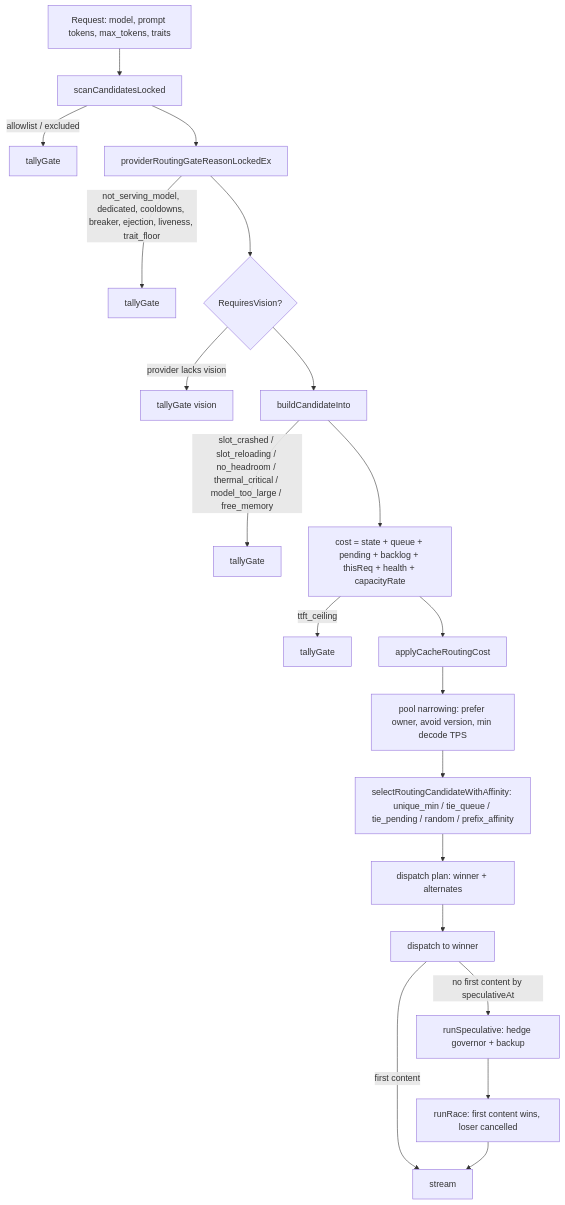
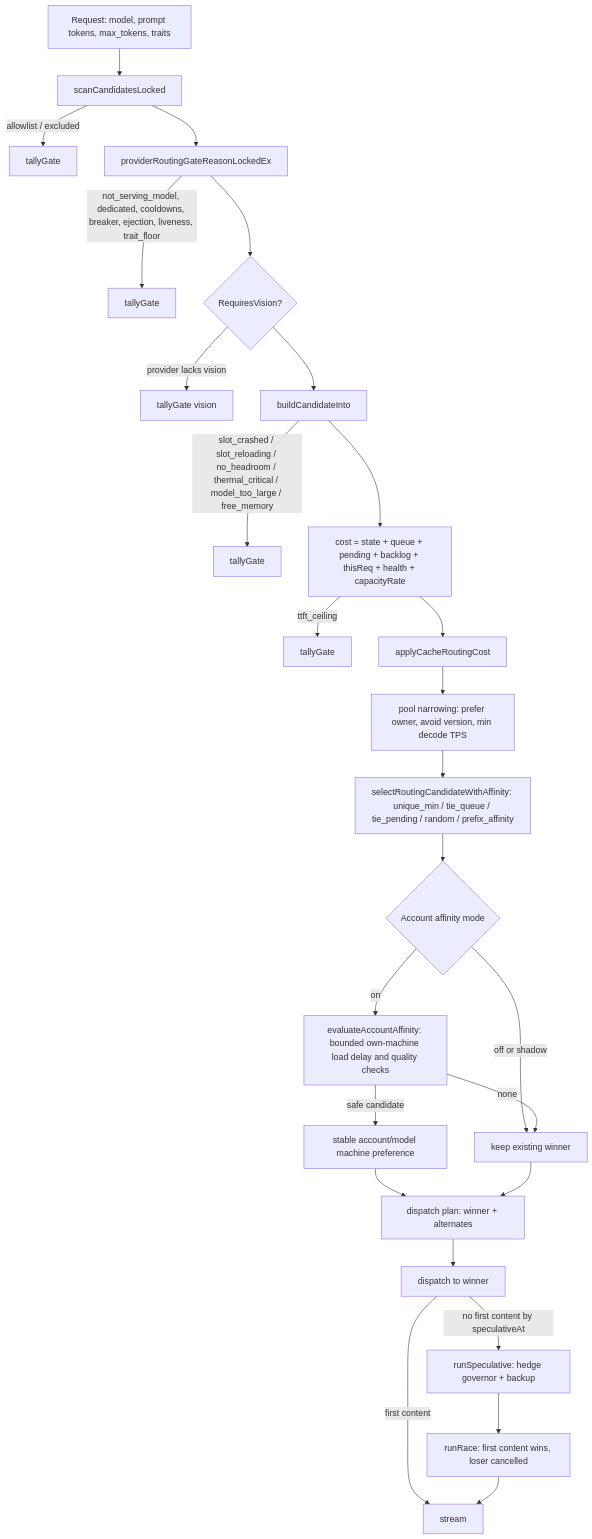
Before and after one commit to Layr-Labs/d-inference: the diagram in docs/architecture/routing.md, drawn with Mermaid. The commit also changed other lines of this file and 34 other files, not shown here.

Commit message:
feat(routing): add account affinity with bounded load spillover

````diff
--- a/docs/architecture/routing.md
+++ b/docs/architecture/routing.md
@@ -72,22 +72,28 @@
 ```mermaid
 flowchart TD
     R[Request: model, prompt tokens, max_tokens, traits] --> S[scanCandidatesLocked]
     S -->|allowlist / excluded| X1[tallyGate]
     S --> G[providerRoutingGateReasonLockedEx]
     G -->|not_serving_model, dedicated, cooldowns, breaker, ejection, liveness, trait_floor| X2[tallyGate]
     G --> V{RequiresVision?}
     V -->|provider lacks vision| X3[tallyGate vision]
     V --> B[buildCandidateInto]
     B -->|slot_crashed / slot_reloading / no_headroom / thermal_critical / model_too_large / free_memory| X4[tallyGate]
     B --> C[cost = state + queue + pending + backlog + thisReq + health + capacityRate]
     C -->|ttft_ceiling| X5[tallyGate]
     C --> D[applyCacheRoutingCost]
     D --> P[pool narrowing: prefer owner, avoid version, min decode TPS]
     P --> SEL[selectRoutingCandidateWithAffinity: unique_min / tie_queue / tie_pending / random / prefix_affinity]
-    SEL --> PLAN[dispatch plan: winner + alternates]
+    SEL --> AFF{Account affinity mode}
+    AFF -->|off or shadow| LEGACY[keep existing winner]
+    AFF -->|on| SAFE[evaluateAccountAffinity: bounded own-machine load delay and quality checks]
+    SAFE -->|safe candidate| ACCOUNT[stable account/model machine preference]
+    SAFE -->|none| LEGACY
+    ACCOUNT --> PLAN[dispatch plan: winner + alternates]
+    LEGACY --> PLAN
     PLAN --> DISP[dispatch to winner]
     DISP -->|no first content by speculativeAt| H[runSpeculative: hedge governor + backup]
     H --> RACE[runRace: first content wins, loser cancelled]
     DISP -->|first content| OK[stream]
     RACE --> OK
 ```
````
